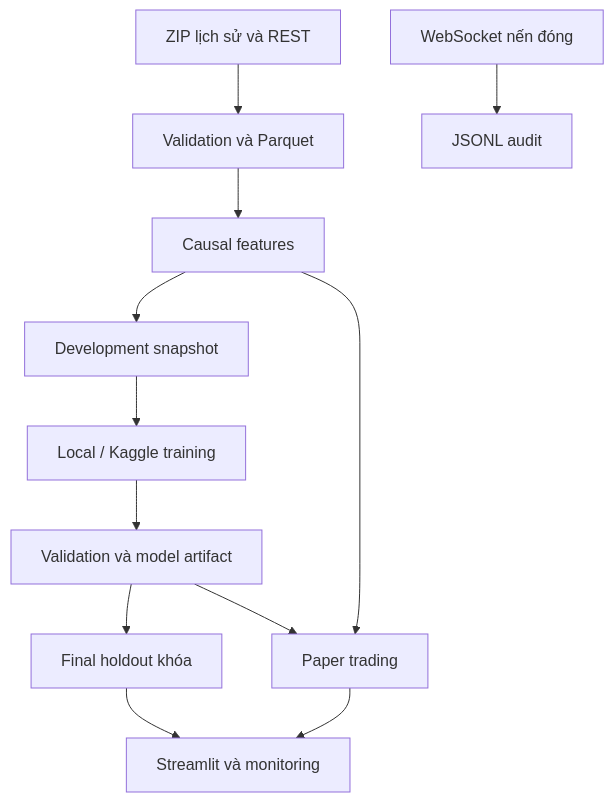
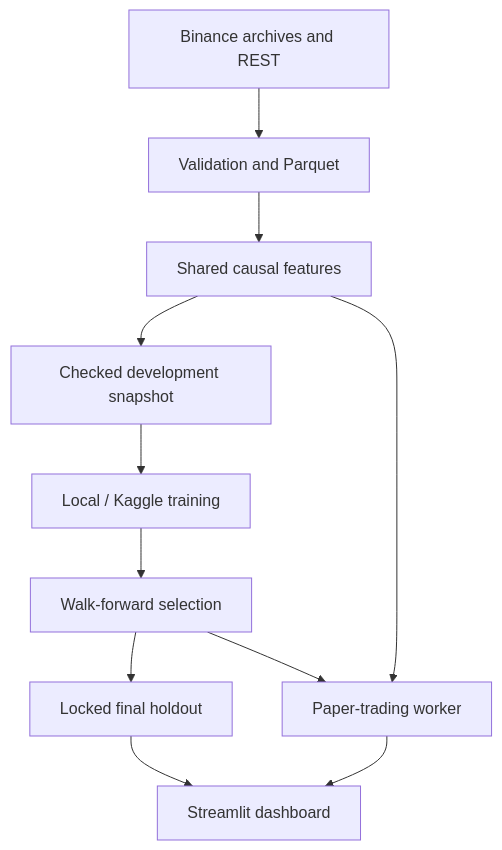
The diagram in README.md (taiiswibu/quantstream-crypto-research), drawn with Mermaid before and after one commit. The commit also changed other lines of this file and 16 other files, not shown here.

````diff
--- a/README.md
+++ b/README.md
@@ -32,14 +42,13 @@
 ```mermaid
 flowchart TD
-    A["ZIP lịch sử và REST"] --> B["Validation và Parquet"]
-    W["WebSocket nến đóng"] --> J["JSONL audit"]
-    B --> C["Causal features"]
-    C --> D["Development snapshot"]
+    A["Binance archives and REST"] --> B["Validation and Parquet"]
+    B --> C["Shared causal features"]
+    C --> D["Checked development snapshot"]
     D --> E["Local / Kaggle training"]
-    E --> F["Validation và model artifact"]
-    F --> G["Final holdout khóa"]
-    F --> H["Paper trading"]
+    E --> F["Walk-forward selection"]
+    F --> G["Locked final holdout"]
+    F --> H["Paper-trading worker"]
     C --> H
-    H --> I["Streamlit và monitoring"]
-    G --> I
+    G --> I["Streamlit dashboard"]
+    H --> I
 ```
````
